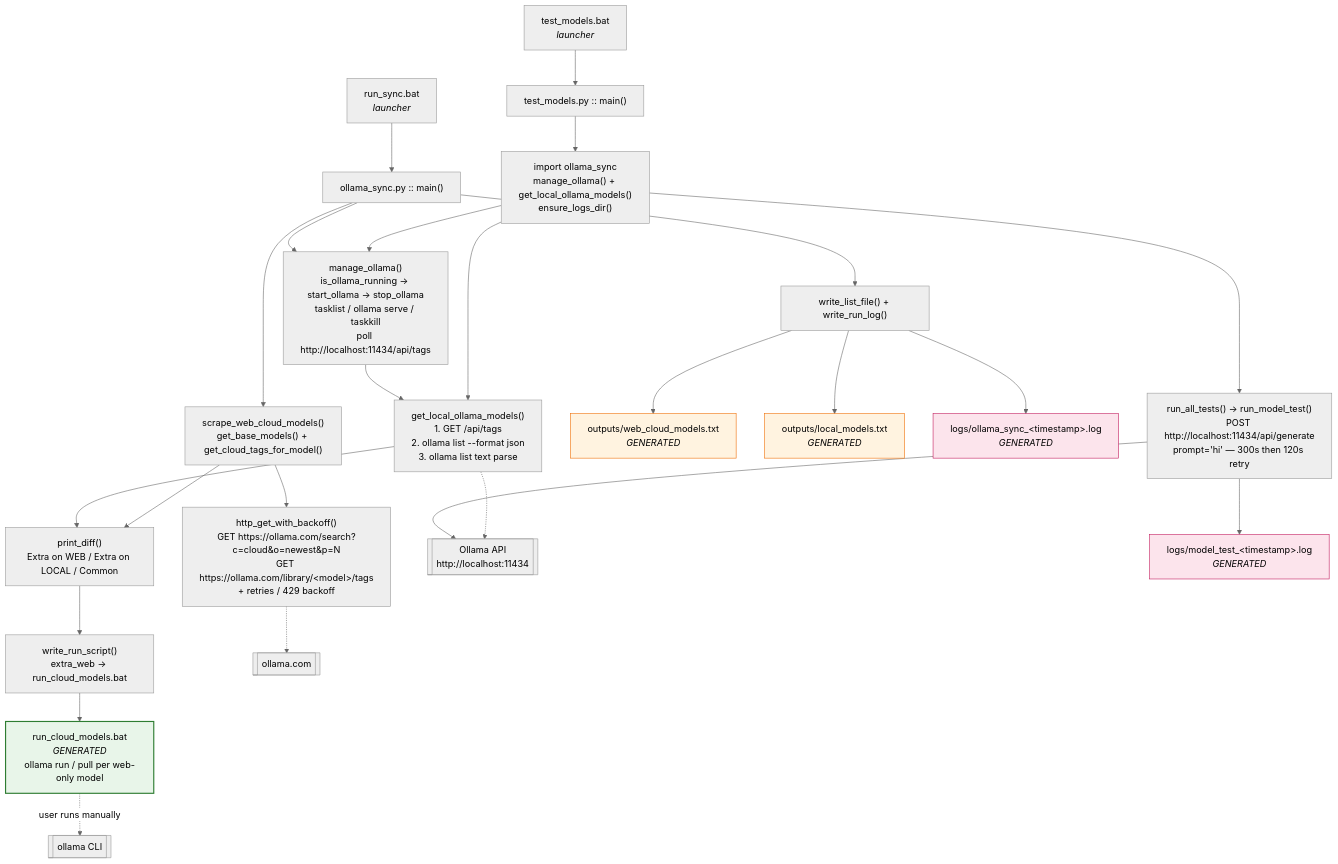
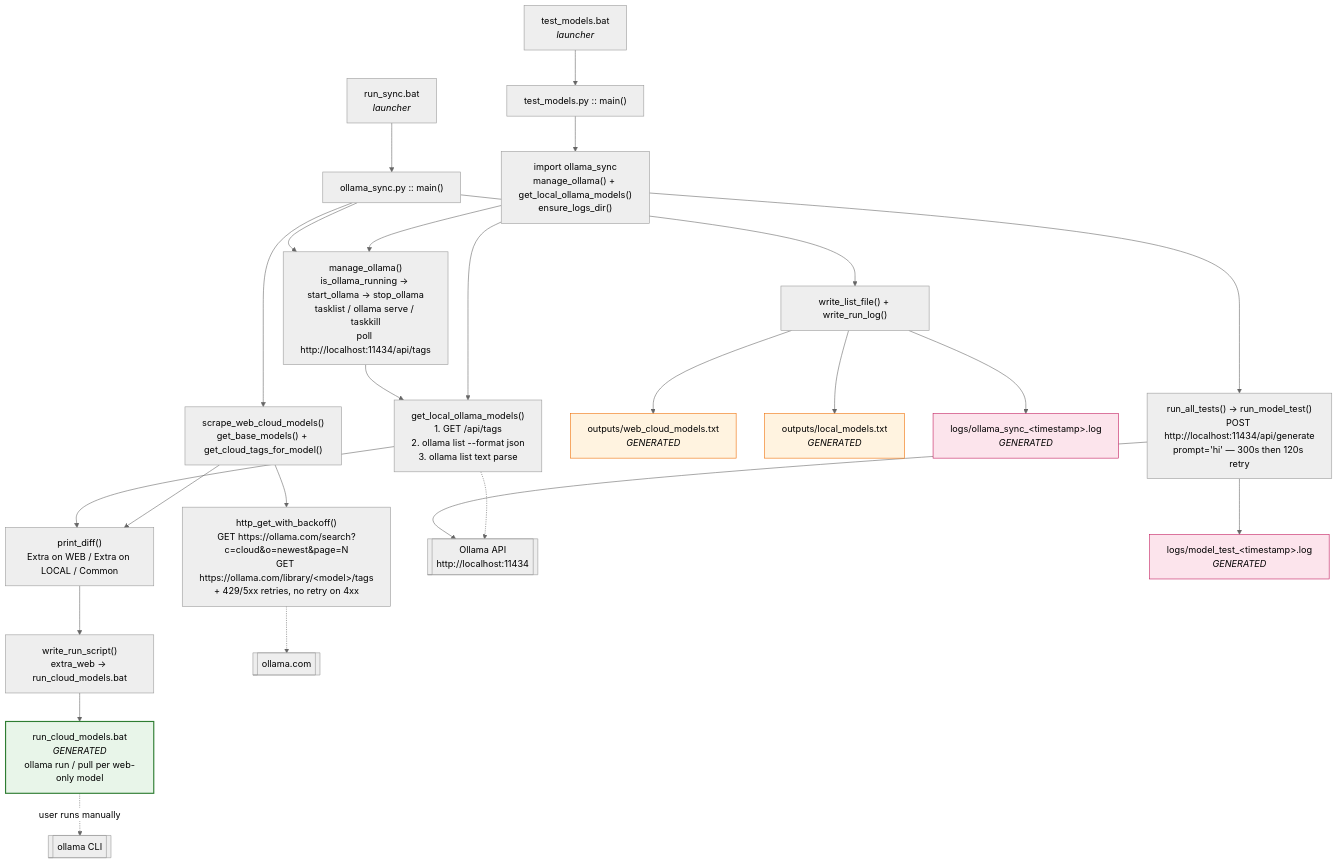
One commit to krishnakanthb13/ollama-sync changed the diagram in README.md. Above: the diagram before and after it, drawn with Mermaid (neutral theme). The commit also changed other lines of this file and 13 other files, not shown here.

````diff
--- a/README.md
+++ b/README.md
@@ -24,39 +27,39 @@
 ```mermaid
 flowchart TD
     %% ── Launchers ──
     RS["run_sync.bat<br/><i>launcher</i>"] --> OS["ollama_sync.py :: main()"]
     TM["test_models.bat<br/><i>launcher</i>"] --> TP["test_models.py :: main()"]
     RC["run_cloud_models.bat<br/><i>GENERATED</i><br/>ollama run / pull per web-only model"] -.->|user runs manually| OLLAMA_CLI2[["ollama CLI"]]
 
     %% ── ollama_sync.py ──
     OS --> MO["manage_ollama()<br/>is_ollama_running → start_ollama → stop_ollama<br/>tasklist / ollama serve / taskkill<br/>poll http://localhost:11434/api/tags"]
     MO --> GL["get_local_ollama_models()<br/>1. GET /api/tags<br/>2. ollama list --format json<br/>3. ollama list text parse"]
     OS --> WS["scrape_web_cloud_models()<br/>get_base_models() + get_cloud_tags_for_model()"]
-    WS --> HB["http_get_with_backoff()<br/>GET https://ollama.com/search?c=cloud&amp;o=newest&amp;p=N<br/>GET https://ollama.com/library/&lt;model&gt;/tags<br/>+ retries / 429 backoff"]
+    WS --> HB["http_get_with_backoff()<br/>GET https://ollama.com/search?c=cloud&amp;o=newest&amp;page=N<br/>GET https://ollama.com/library/&lt;model&gt;/tags<br/>+ 429/5xx retries, no retry on 4xx"]
     GL --> DF["print_diff()<br/>Extra on WEB / Extra on LOCAL / Common"]
     WS --> DF
     DF --> WR["write_run_script()<br/>extra_web → run_cloud_models.bat"]
     WR --> RC
     OS --> WL["write_list_file() + write_run_log()"]
     WL --> OUT1["outputs/web_cloud_models.txt<br/><i>GENERATED</i>"]
     WL --> OUT2["outputs/local_models.txt<br/><i>GENERATED</i>"]
     WL --> OUT3["logs/ollama_sync_&lt;timestamp&gt;.log<br/><i>GENERATED</i>"]
 
     %% ── test_models.py ──
     TP --> IJ["import ollama_sync<br/>manage_ollama() + get_local_ollama_models()<br/>ensure_logs_dir()"]
     IJ --> MO
     IJ --> GL
     IJ --> RT["run_all_tests() → run_model_test()<br/>POST http://localhost:11434/api/generate<br/>prompt='hi' — 300s then 120s retry"]
     RT --> API[["Ollama API<br/>http://localhost:11434"]]
     RT --> LOG2["logs/model_test_&lt;timestamp&gt;.log<br/><i>GENERATED</i>"]
 
     %% ── external ──
     GL -.-> API
     HB -.-> WEB[["ollama.com"]]
 
     style RC fill:#e8f5e9,stroke:#2e7d32,stroke-width:2px
     style OUT1 fill:#fff3e0,stroke:#ef6c00
     style OUT2 fill:#fff3e0,stroke:#ef6c00
     style OUT3 fill:#fce4ec,stroke:#c2185b
     style LOG2 fill:#fce4ec,stroke:#c2185b
 ```
````
